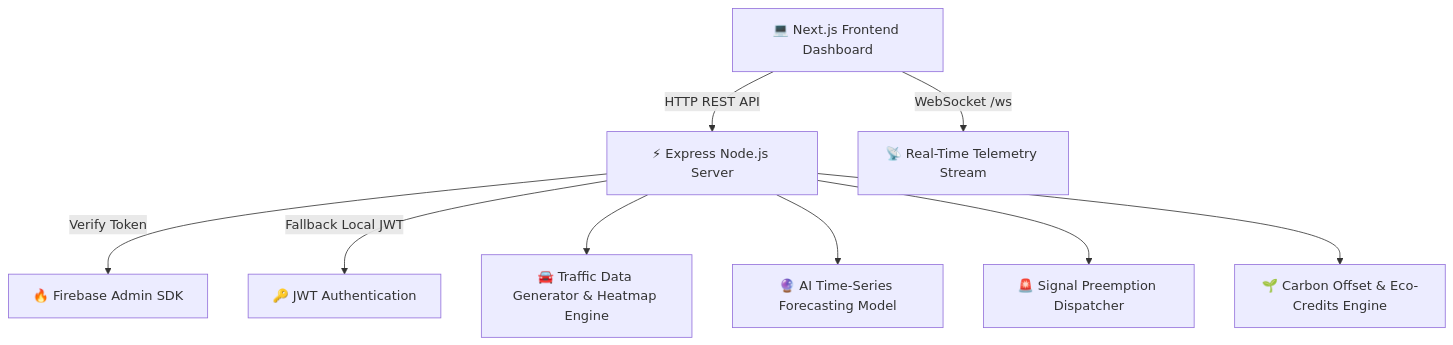
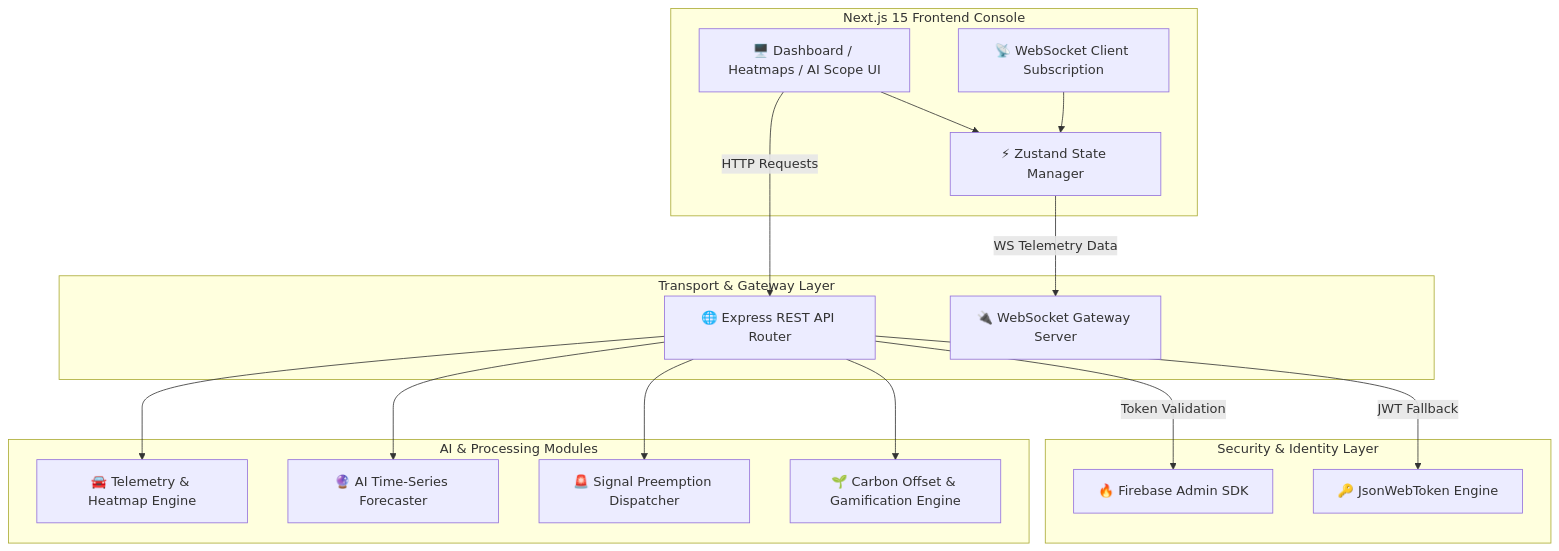
One commit to Monishwarann/Safe-Flow changed the diagram in README.md. Above: the diagram before and after it, drawn with Mermaid. The commit also changed other lines of this file, not shown here.

Commit message:
docs: Expand README with exhaustive technical architecture, API schemas & data dictionary

````diff
--- a/README.md
+++ b/README.md
@@ -26,13 +50,38 @@
 ```mermaid
 graph TD
-    UserClient[💻 Next.js Frontend Dashboard] -->|HTTP REST API| ExpressBackend[⚡ Express Node.js Server]
-    UserClient -->|WebSocket /ws| RealtimeWS[📡 Real-Time Telemetry Stream]
+    subgraph Client Layer [Next.js 15 Frontend Console]
+        UI[🖥️ Dashboard / Heatmaps / AI Scope UI]
+        Store[⚡ Zustand State Manager]
+        WSClient[📡 WebSocket Client Subscription]
+        UI --> Store
+        WSClient --> Store
+    end
+
+    subgraph Transport & Gateway Layer
+        HTTP[🌐 Express REST API Router]
+        WSServer[🔌 WebSocket Gateway Server]
+    end
+
+    subgraph Security & Identity Layer
+        FirebaseAuth[🔥 Firebase Admin SDK]
+        LocalJWT[🔑 JsonWebToken Engine]
+    end
+
+    subgraph AI & Processing Modules
+        TrafficGen[🚘 Telemetry & Heatmap Engine]
+        PredictiveAI[🔮 AI Time-Series Forecaster]
+        EmergencyEngine[🚨 Signal Preemption Dispatcher]
+        EcoCalc[🌱 Carbon Offset & Gamification Engine]
+    end
+
+    UI -->|HTTP Requests| HTTP
+    Store -->|WS Telemetry Data| WSServer
     
-    ExpressBackend -->|Verify Token| FirebaseAuth[🔥 Firebase Admin SDK]
-    ExpressBackend -->|Fallback Local JWT| LocalAuth[🔑 JWT Authentication]
+    HTTP -->|Token Validation| FirebaseAuth
+    HTTP -->|JWT Fallback| LocalJWT
     
-    ExpressBackend --> TrafficEngine[🚘 Traffic Data Generator & Heatmap Engine]
-    ExpressBackend --> PredictiveAI[🔮 AI Time-Series Forecasting Model]
-    ExpressBackend --> EmergencyDispatch[🚨 Signal Preemption Dispatcher]
-    ExpressBackend --> EmissionCalc[🌱 Carbon Offset & Eco-Credits Engine]
+    HTTP --> TrafficGen
+    HTTP --> PredictiveAI
+    HTTP --> EmergencyEngine
+    HTTP --> EcoCalc
 ```
````
